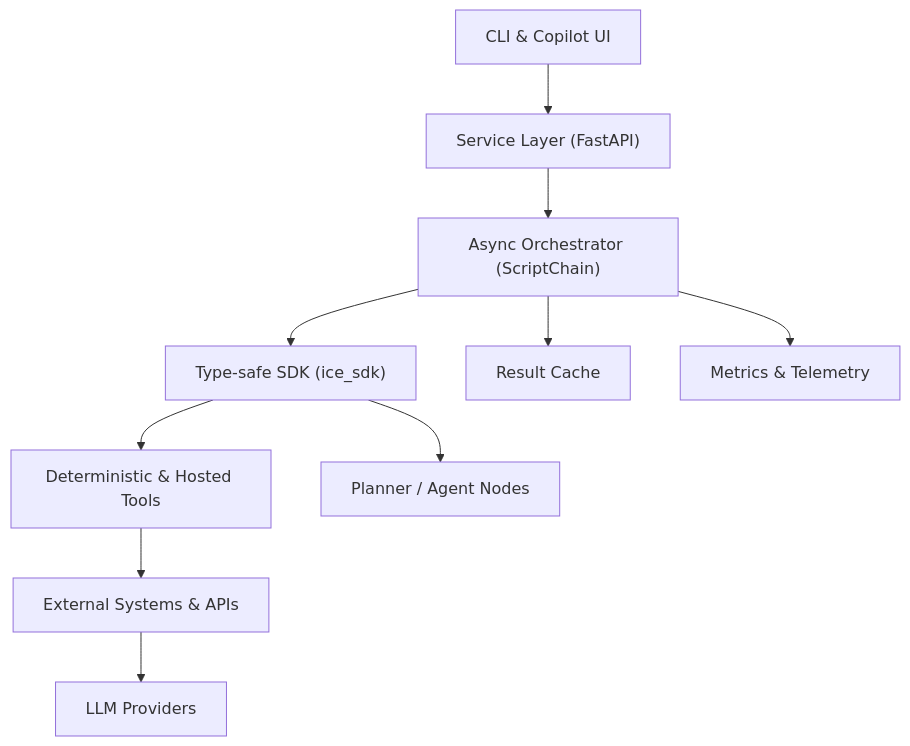
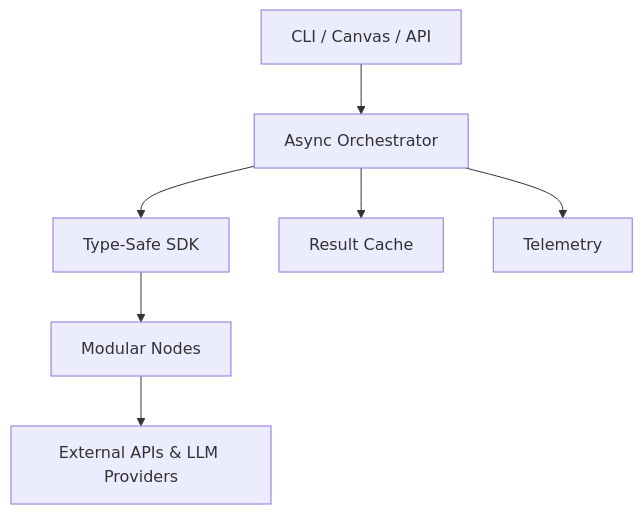
One commit to stef-writes/iceOS changed the diagram in README.md. Above: the diagram before and after it, drawn with Mermaid. The commit also changed other lines of this file, not shown here.

Commit message:
docs: replace root README with external pitch style content

````diff
--- a/README.md
+++ b/README.md
@@ -18,12 +54,9 @@
 ```mermaid
 graph TD
-  UI["CLI & Copilot UI"] --> API["Service Layer (FastAPI)"]
-  API --> ORCH["Async Orchestrator (ScriptChain)"]
-  ORCH --> SDK["Type-safe SDK (ice_sdk)"]
-  SDK --> TOOLS["Deterministic & Hosted Tools"]
-  SDK --> AGENTS["Planner / Agent Nodes"]
+  UI["CLI / Canvas / API"] --> ORCH["Async Orchestrator"]
+  ORCH --> SDK["Type-Safe SDK"]
+  SDK --> NODES["Modular Nodes"]
   ORCH --> CACHE["Result Cache"]
-  ORCH --> METRICS["Metrics & Telemetry"]
-  TOOLS --> EXT["External Systems & APIs"]
-  EXT --> LLM["LLM Providers"]
+  ORCH --> METRICS["Telemetry"]
+  NODES --> EXT["External APIs & LLM Providers"]
 ```
````
